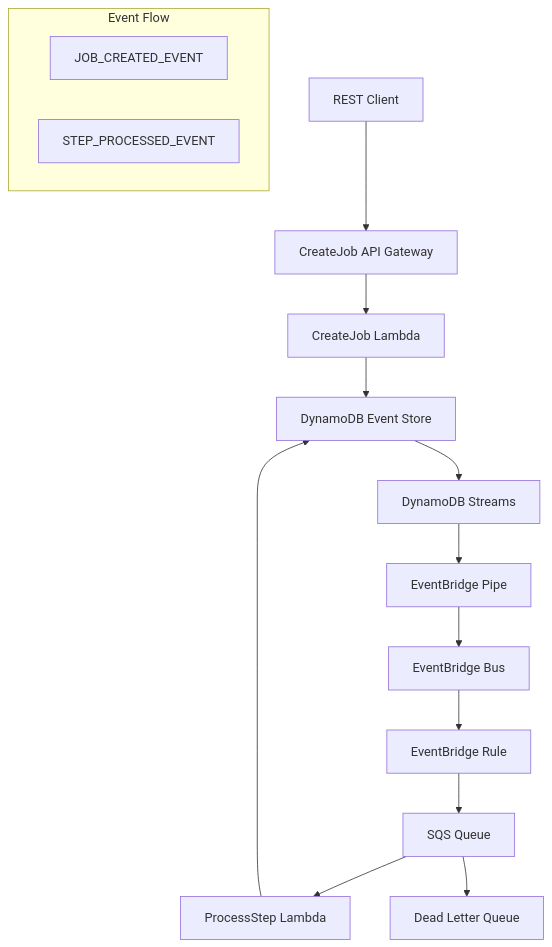
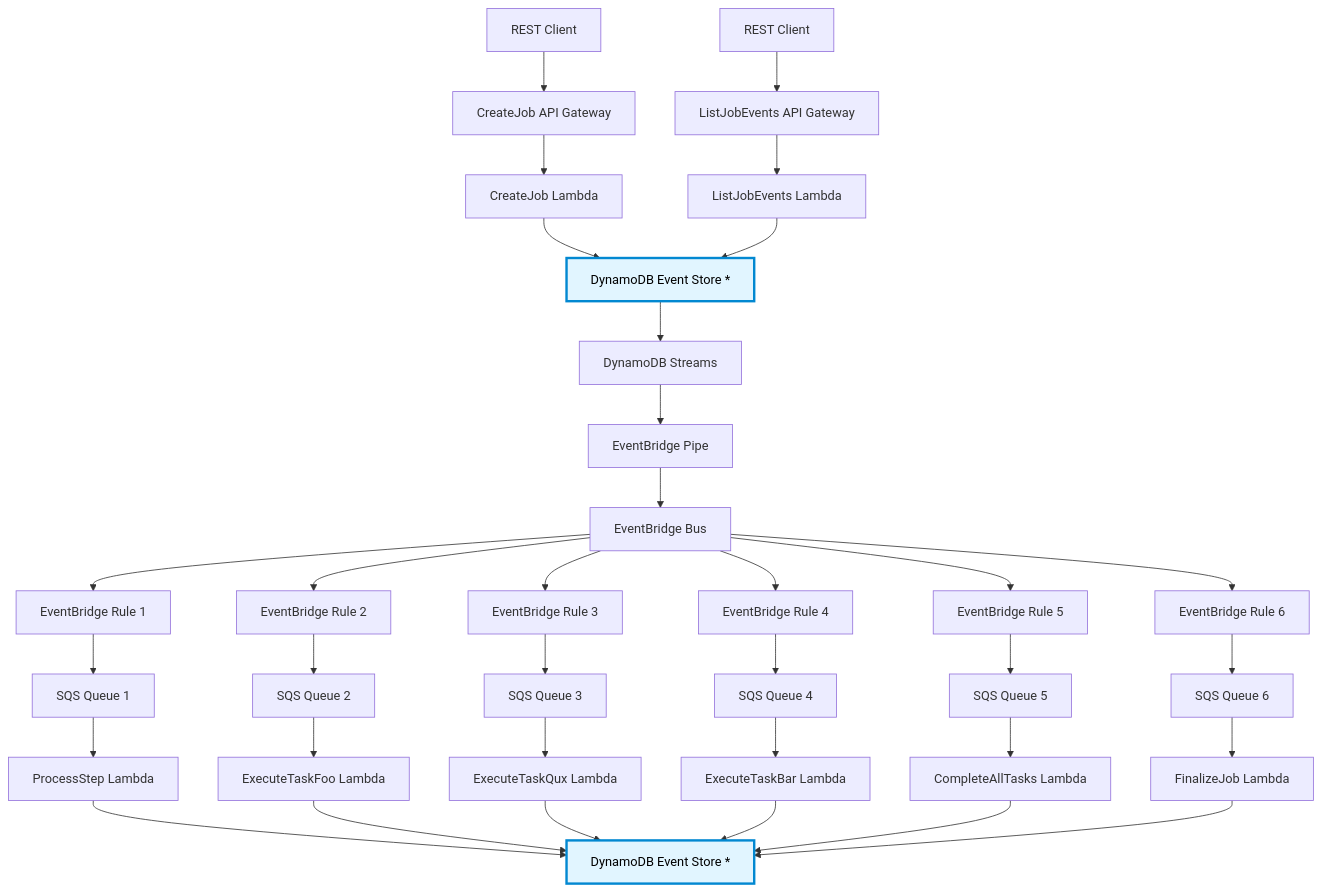
Before and after one commit to mutchinick/typescript-ddb-event-driven-template: the second of 2 diagrams in README.md, drawn with Mermaid. The commit also changed other lines of this file and 76 other files, not shown here.

First line of the commit message:
Expand workflow to add more Events, Workers and a List Events API

````diff
--- a/README.md
+++ b/README.md
@@ -27,22 +51,47 @@
 ```mermaid
 graph TB
-    subgraph "Event Flow"
-        Event1[JOB_CREATED_EVENT]
-        Event2[STEP_PROCESSED_EVENT]
-    end
-
     Client[REST Client] --> API[CreateJob API Gateway]
     API --> Lambda1[CreateJob Lambda]
-    Lambda1 --> DDB[DynamoDB Event Store]
+    Lambda1 --> DDB1[DynamoDB Event Store *]
 
-    DDB --> Stream[DynamoDB Streams]
+    Client2[REST Client] --> API2[ListJobEvents API Gateway]
+    API2 --> Lambda2[ListJobEvents Lambda]
+    Lambda2 --> DDB1
+
+    DDB1 --> Stream[DynamoDB Streams]
     Stream --> Pipe[EventBridge Pipe]
     Pipe --> EB[EventBridge Bus]
 
-    EB --> Rule[EventBridge Rule]
-    Rule --> SQS[SQS Queue]
-    SQS --> Lambda2[ProcessStep Lambda]
-    Lambda2 --> DDB
+    EB --> Rule1[EventBridge Rule 1]
+    Rule1 --> SQS1[SQS Queue 1]
+    SQS1 --> Lambda3[ProcessStep Lambda]
+    Lambda3 --> DDB2[DynamoDB Event Store *]
 
-    SQS --> DLQ[Dead Letter Queue]
+    EB --> Rule2[EventBridge Rule 2]
+    Rule2 --> SQS2[SQS Queue 2]
+    SQS2 --> Lambda4[ExecuteTaskFoo Lambda]
+    Lambda4 --> DDB2
+
+    EB --> Rule3[EventBridge Rule 3]
+    Rule3 --> SQS3[SQS Queue 3]
+    SQS3 --> Lambda5[ExecuteTaskQux Lambda]
+    Lambda5 --> DDB2
+
+    EB --> Rule4[EventBridge Rule 4]
+    Rule4 --> SQS4[SQS Queue 4]
+    SQS4 --> Lambda6[ExecuteTaskBar Lambda]
+    Lambda6 --> DDB2
+
+    EB --> Rule5[EventBridge Rule 5]
+    Rule5 --> SQS5[SQS Queue 5]
+    SQS5 --> Lambda7[CompleteAllTasks Lambda]
+    Lambda7 --> DDB2
+
+    EB --> Rule6[EventBridge Rule 6]
+    Rule6 --> SQS6[SQS Queue 6]
+    SQS6 --> Lambda8[FinalizeJob Lambda]
+    Lambda8 --> DDB2
+
+    classDef eventStore fill:#e1f5ff,stroke:#0288d1,stroke-width:3px,color:#000
+    class DDB1,DDB2 eventStore
 ```
````
